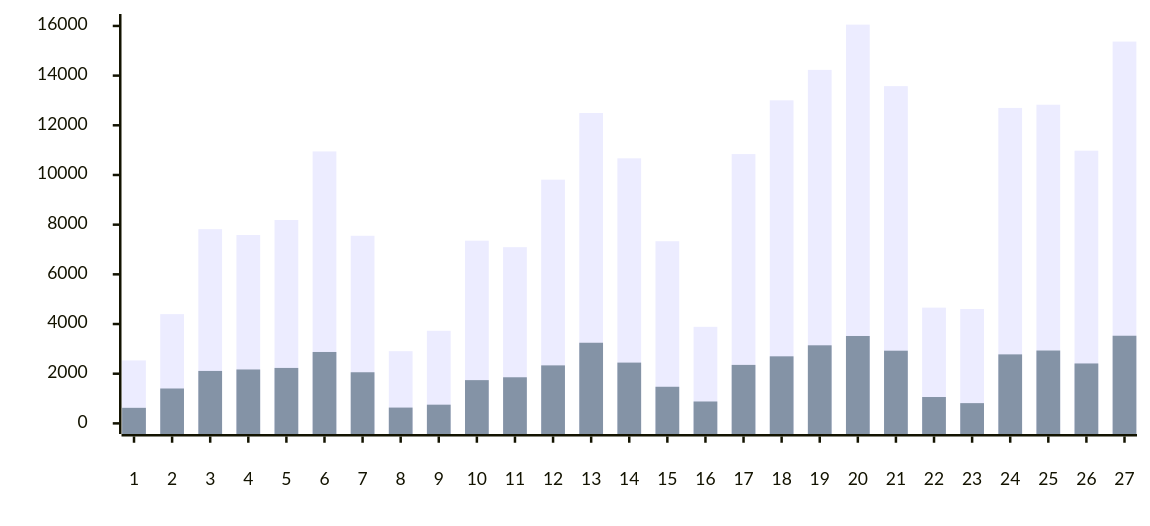
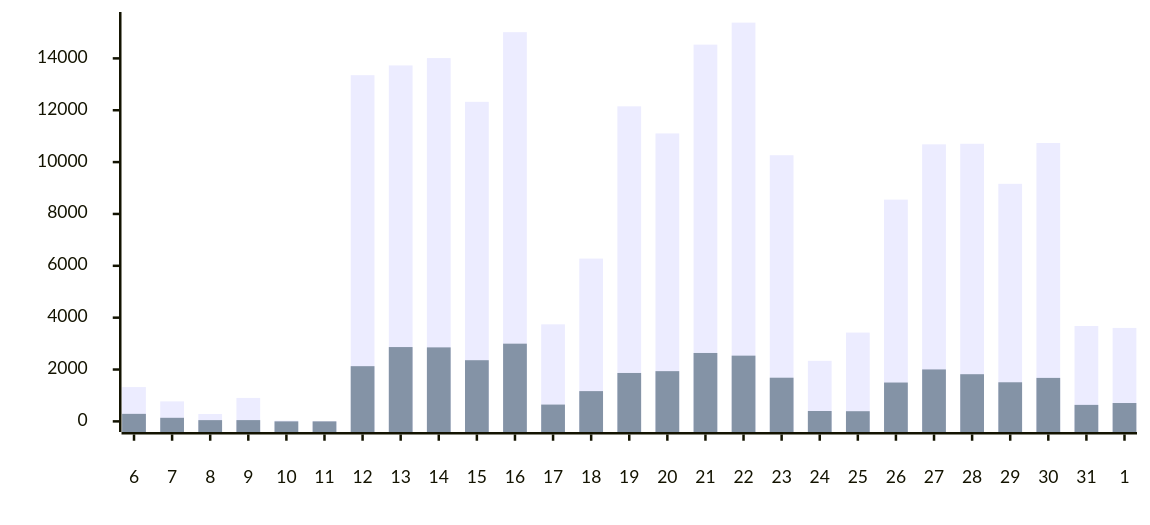
One commit to austenstone/copilot-usage changed the third of 11 diagrams in __tests__/mock/sample-output.md. Above: the diagram before and after it, drawn with Mermaid. The commit also changed other lines of this file and 6 other files, not shown here.

````diff
--- a/__tests__/mock/sample-output.md
+++ b/__tests__/mock/sample-output.md
@@ -57,21 +57,21 @@
 ```mermaid
 ---
 config:
     xyChart:
         width: 900
         height: 400
         xAxis:
             labelPadding: 20
         yAxis:
             labelPadding: 20
     themeVariables:
         xyChart:
             backgroundColor: "transparent"
 ---
 xychart-beta
 
-  x-axis  [1, 2, 3, 4, 5, 6, 7, 8, 9, 10, 11, 12, 13, 14, 15, 16, 17, 18, 19, 20, 21, 22, 23, 24, 25, 26, 27]
-  y-axis  0 --> 16053
-bar  [2535, 4399, 7817, 7584, 8188, 10948, 7552, 2907, 3728, 7355, 7094, 9811, 12494, 10670, 7333, 3887, 10842, 13005, 14231, 16053, 13576, 4659, 4605, 12699, 12829, 10978, 15371]
-bar  [626, 1404, 2111, 2170, 2232, 2874, 2058, 636, 753, 1741, 1856, 2335, 3246, 2447, 1474, 881, 2354, 2699, 3143, 3518, 2926, 1061, 815, 2778, 2933, 2412, 3528]
+  x-axis  [6, 7, 8, 9, 10, 11, 12, 13, 14, 15, 16, 17, 18, 19, 20, 21, 22, 23, 24, 25, 26, 27, 28, 29, 30, 31, 1]
+  y-axis  0 --> 15379
+bar  [1322, 772, 284, 904, 26, 0, 13352, 13728, 14011, 12325, 15011, 3742, 6278, 12151, 11105, 14531, 15379, 10264, 2335, 3424, 8553, 10685, 10706, 9161, 10736, 3680, 3604]
+bar  [290, 138, 48, 49, 0, 0, 2129, 2866, 2854, 2359, 2997, 648, 1167, 1867, 1937, 2638, 2535, 1684, 400, 392, 1498, 2003, 1819, 1508, 1677, 636, 708]
 ```
````
